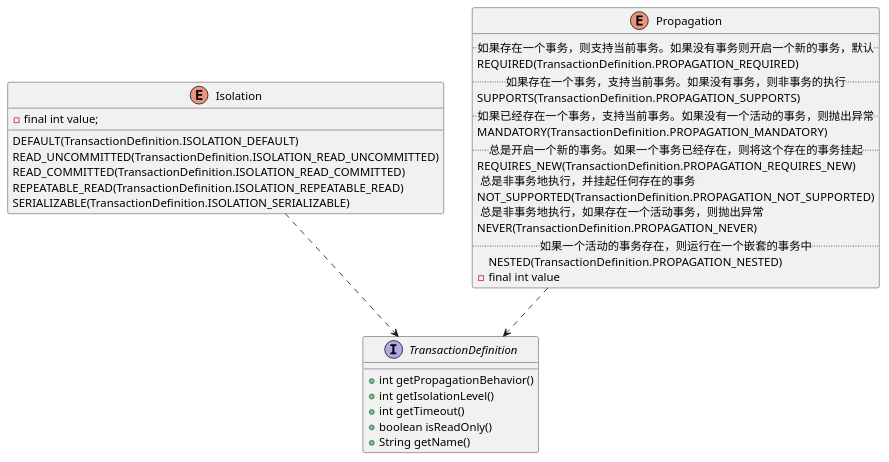
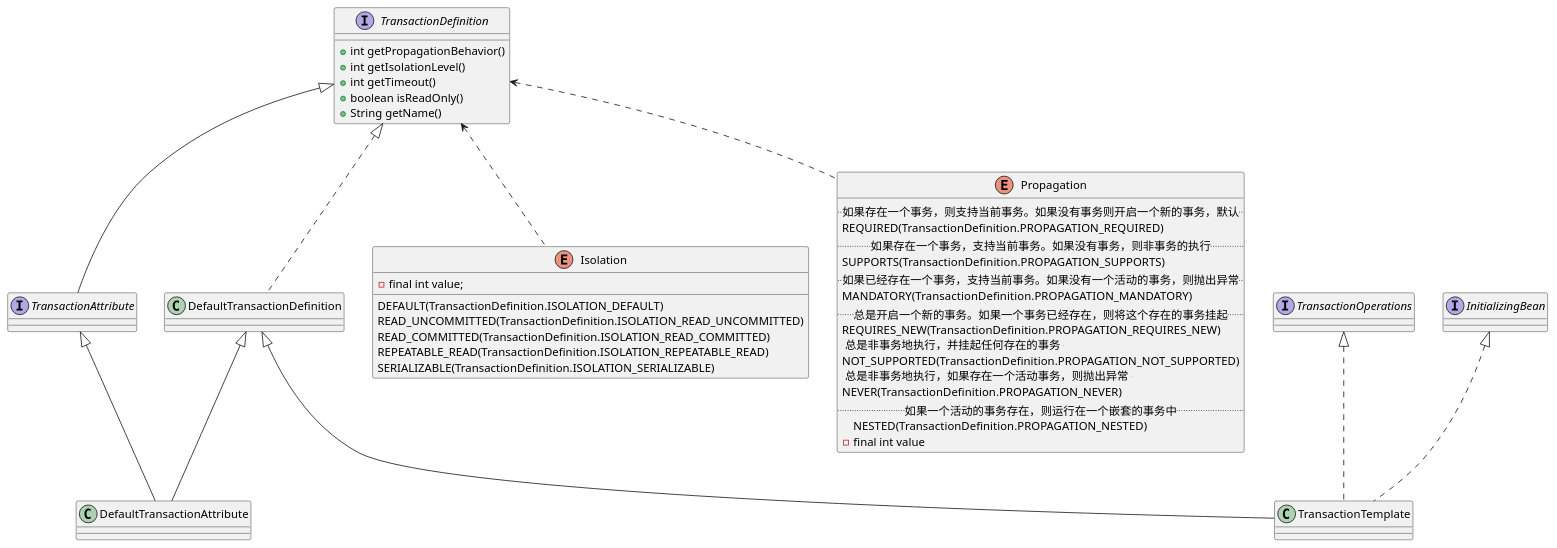
Before and after one commit to onlyonion/development: the diagram in 20-framework/src/spring/spring-tx/transaction/TransactionDefinition.md, drawn with PlantUML. The commit also changed other lines of this file and 21 other files, not shown here.

````diff
--- a/20-framework/src/spring/spring-tx/transaction/TransactionDefinition.md
+++ b/20-framework/src/spring/spring-tx/transaction/TransactionDefinition.md
@@ -5,44 +18,63 @@
 ```plantuml
 @startuml
 
 interface TransactionDefinition {
     + int getPropagationBehavior()
     + int getIsolationLevel()
     + int getTimeout()
     + boolean isReadOnly()
     + String getName()
 }
 
+interface TransactionAttribute
+
+class DefaultTransactionDefinition
+
+TransactionDefinition ^-- TransactionAttribute
+TransactionDefinition ^.. DefaultTransactionDefinition
+
+DefaultTransactionDefinition ^-- DefaultTransactionAttribute
+TransactionAttribute ^-- DefaultTransactionAttribute
+class DefaultTransactionAttribute
+
+interface TransactionOperations
+interface InitializingBean
+DefaultTransactionDefinition ^-- TransactionTemplate
+TransactionOperations ^.. TransactionTemplate
+InitializingBean ^.. TransactionTemplate
+class TransactionTemplate
+
+''''''''''''''''''''''''''''' 事务隔离级别、传播范围 ''''''''''''''''''''''''''''''''
 enum Isolation {
 	DEFAULT(TransactionDefinition.ISOLATION_DEFAULT)
 	READ_UNCOMMITTED(TransactionDefinition.ISOLATION_READ_UNCOMMITTED)
 	READ_COMMITTED(TransactionDefinition.ISOLATION_READ_COMMITTED)
 	REPEATABLE_READ(TransactionDefinition.ISOLATION_REPEATABLE_READ)
 	SERIALIZABLE(TransactionDefinition.ISOLATION_SERIALIZABLE)
 	- final int value;
 }
 
 enum Propagation {
 	.. 如果存在一个事务，则支持当前事务。如果没有事务则开启一个新的事务，默认 ..
 	REQUIRED(TransactionDefinition.PROPAGATION_REQUIRED)
 	.. 如果存在一个事务，支持当前事务。如果没有事务，则非事务的执行 ..
 	SUPPORTS(TransactionDefinition.PROPAGATION_SUPPORTS)
 	.. 如果已经存在一个事务，支持当前事务。如果没有一个活动的事务，则抛出异常 ..
 	MANDATORY(TransactionDefinition.PROPAGATION_MANDATORY)
 	.. 总是开启一个新的事务。如果一个事务已经存在，则将这个存在的事务挂起 ..
 	REQUIRES_NEW(TransactionDefinition.PROPAGATION_REQUIRES_NEW)
     .. 总是非事务地执行，并挂起任何存在的事务 ..
     NOT_SUPPORTED(TransactionDefinition.PROPAGATION_NOT_SUPPORTED)
 	.. 总是非事务地执行，如果存在一个活动事务，则抛出异常 .. 
 	NEVER(TransactionDefinition.PROPAGATION_NEVER)
 	.. 如果一个活动的事务存在，则运行在一个嵌套的事务中 ..
 	'' 如果没有活动事务, 则按TransactionDefinition.PROPAGATION_REQUIRED 属性执行
 	NESTED(TransactionDefinition.PROPAGATION_NESTED)
 	- final int value
 }
 
-Isolation ..> TransactionDefinition
-Propagation ..> TransactionDefinition
+TransactionDefinition <.. Isolation
+TransactionDefinition <.. Propagation
 
 @enduml
 ```
````
